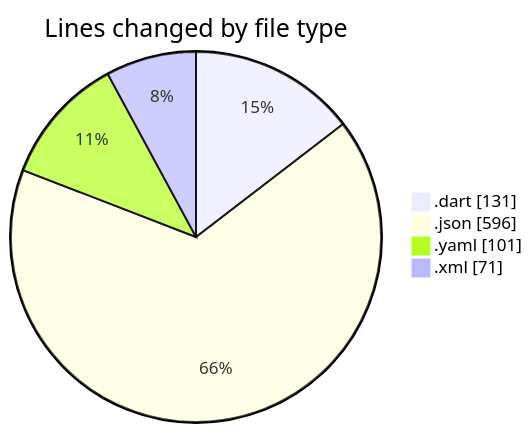
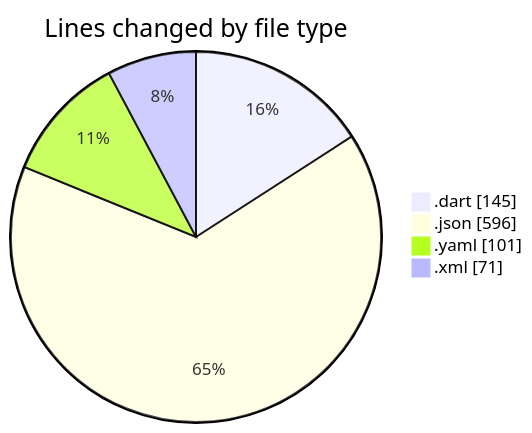
The first of 2 diagrams in 2025-02-21/uber_clone/README.md (donsfak/code-tracking), drawn with Mermaid before and after one commit. The commit also changed other lines of this file and 1 other file, not shown here.

````diff
--- a/2025-02-21/uber_clone/README.md
+++ b/2025-02-21/uber_clone/README.md
@@ -26,8 +26,8 @@
 ```mermaid
 pie showData
 title Lines changed by file type
-".dart" : 131
+".dart" : 145
 ".json" : 596
 ".yaml" : 101
 ".xml" : 71
 ```
````
